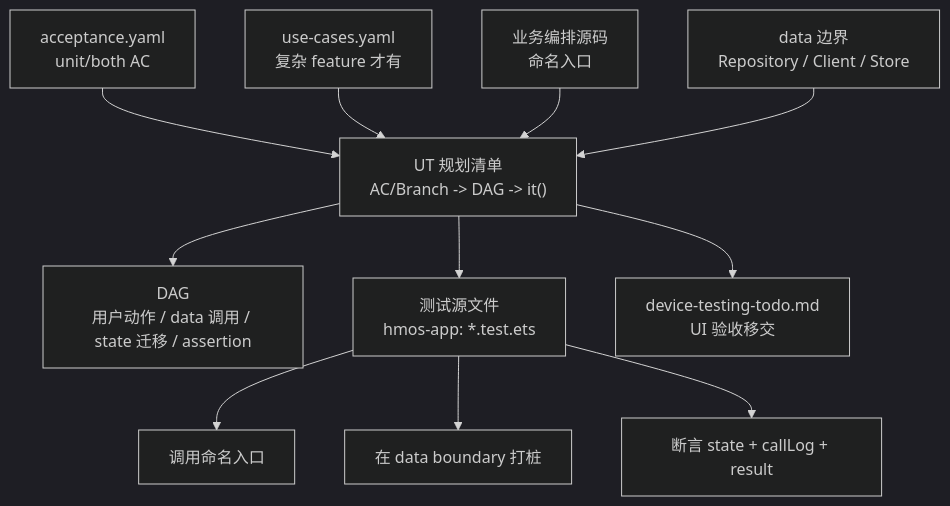
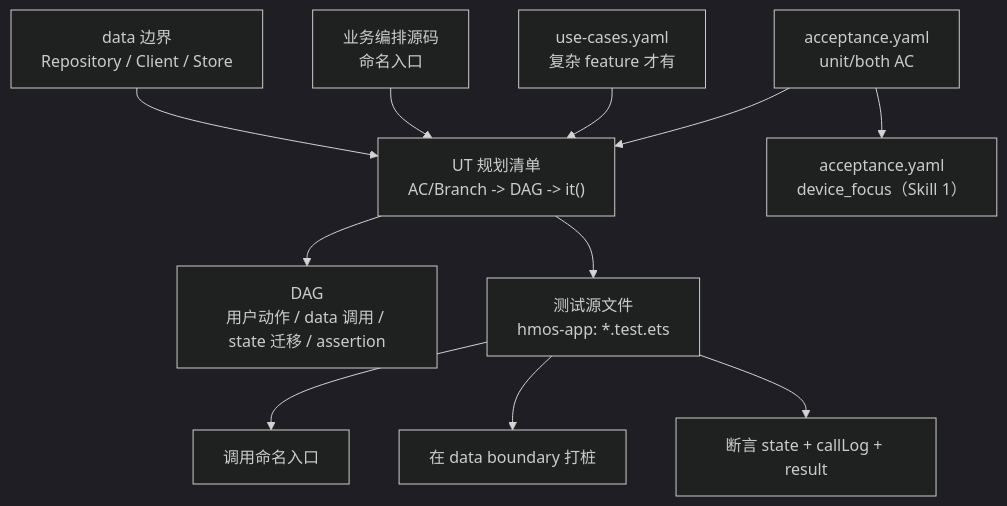
One commit to sqsqsq/SimulatedWalletForHmos changed the second of 4 diagrams in framework/docs/skills/5-business-ut.md. Above: the diagram before and after it, drawn with Mermaid (dark theme). The commit also changed other lines of this file and 44 other files, not shown here.

First line of the commit message:
feat(framework): 废弃 device-testing-todo，收敛 acceptance device_focus SSOT

````diff
--- a/framework/docs/skills/5-business-ut.md
+++ b/framework/docs/skills/5-business-ut.md
@@ -151,24 +153,24 @@
 ```mermaid
 flowchart TD
   AC["acceptance.yaml<br/>unit/both AC"]
   UC["use-cases.yaml<br/>复杂 feature 才有"]
   Code["业务编排源码<br/>命名入口"]
   Data["data 边界<br/>Repository / Client / Store"]
 
   Plan["UT 规划清单<br/>AC/Branch -> DAG -> it()"]
   DAG["DAG<br/>用户动作 / data 调用 / state 迁移 / assertion"]
   Test["测试源文件<br/>hmos-app: *.test.ets"]
-  DeviceTodo["device-testing-todo.md<br/>UI 验收移交"]
+  DevFocus["acceptance.yaml<br/>device_focus（Skill 1）"]
 
   AC --> Plan
   UC --> Plan
   Code --> Plan
   Data --> Plan
   Plan --> DAG
   Plan --> Test
-  Plan --> DeviceTodo
+  AC --> DevFocus
 
   Test --> Entry["调用命名入口"]
   Test --> Stub["在 data boundary 打桩"]
   Test --> Assert["断言 state + callLog + result"]
 ```
````
